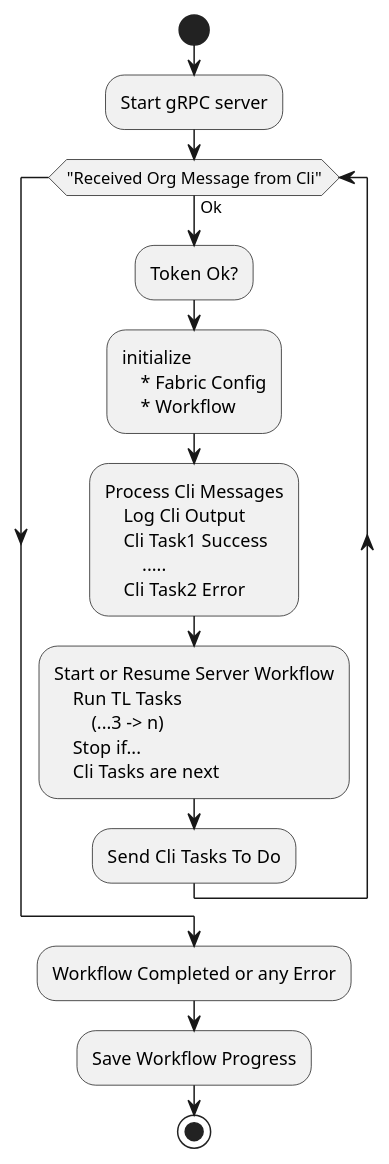
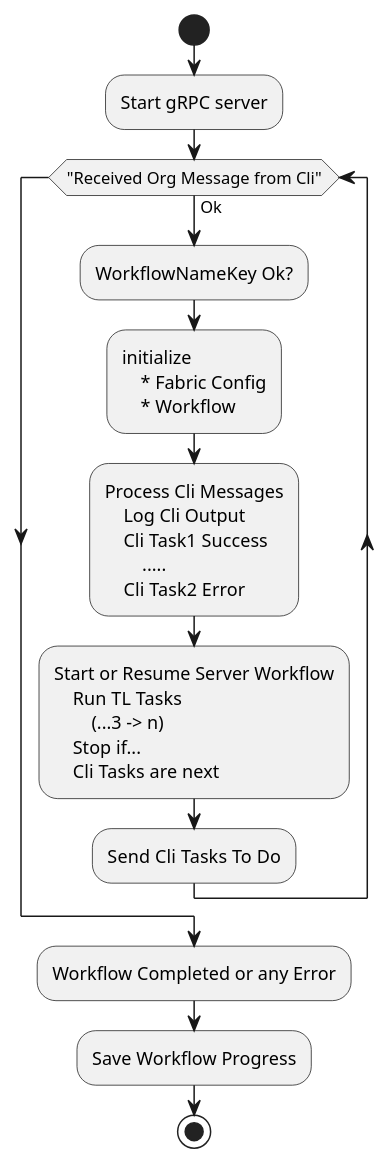
The diagram in docs/serverworkflow.puml (blewater/boxed), drawn with PlantUML before and after one commit. The commit also changed 5 other files, not shown here.

Commit message:
Org token to workflow name key

```diff
--- a/docs/serverworkflow.puml
+++ b/docs/serverworkflow.puml
@@ -1,32 +1,32 @@
 @startuml
 start
 :Start gRPC server;
 
 while ("Received Org Message from Cli") is (Ok)
-    :Token Ok?;
+    :WorkflowNameKey Ok?;
 
     :initialize
         * Fabric Config
         * Workflow;
 
     :Process Cli Messages
         Log Cli Output
         Cli Task1 Success
             .....
         Cli Task2 Error;
 
 
     :Start or Resume Server Workflow
         Run TL Tasks
             (...3 -> n)
         Stop if...
         Cli Tasks are next;
 
     :Send Cli Tasks To Do;
 endwhile
 
 -Workflow Completed or any Error
 
 -Save Workflow Progress
 stop
 @enduml
```
